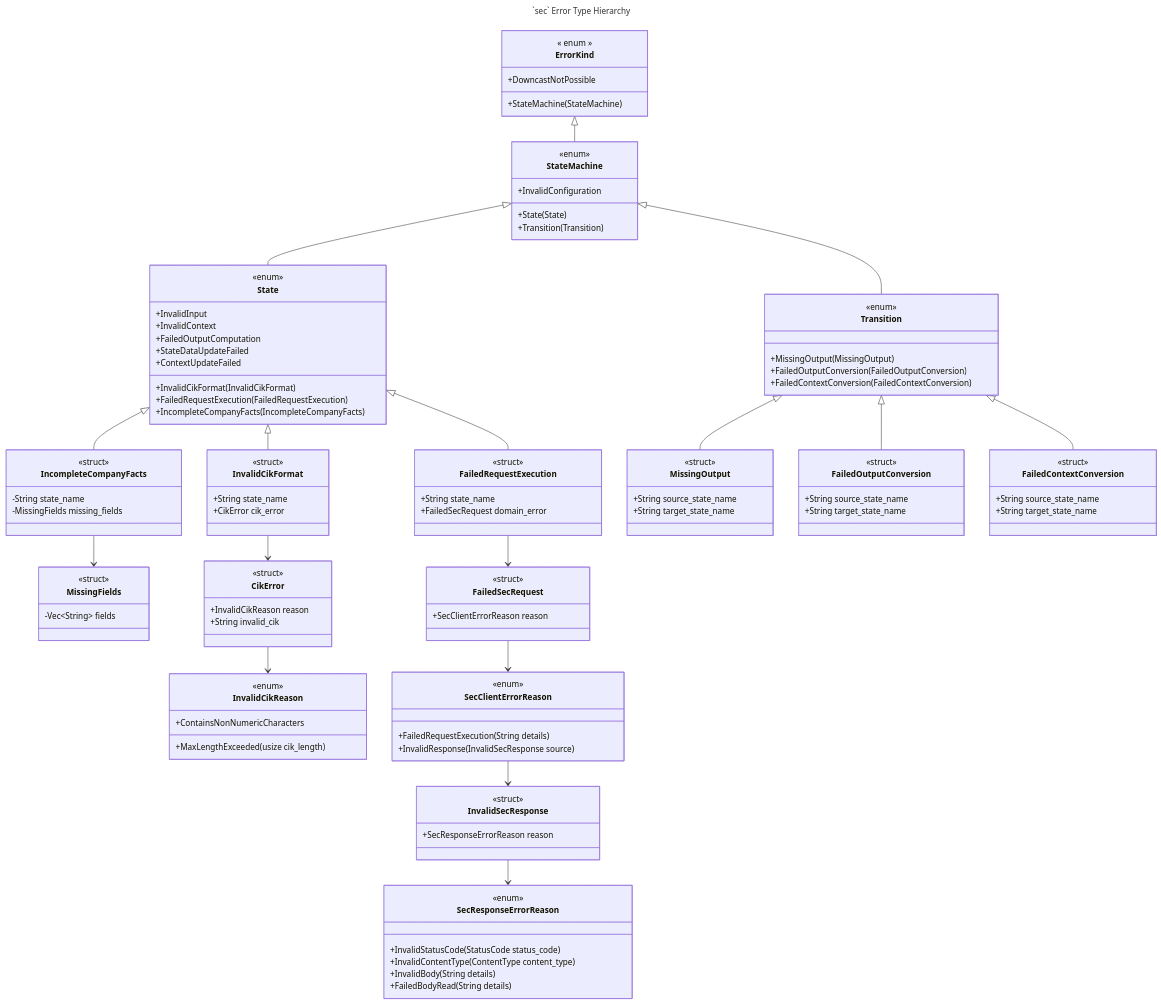
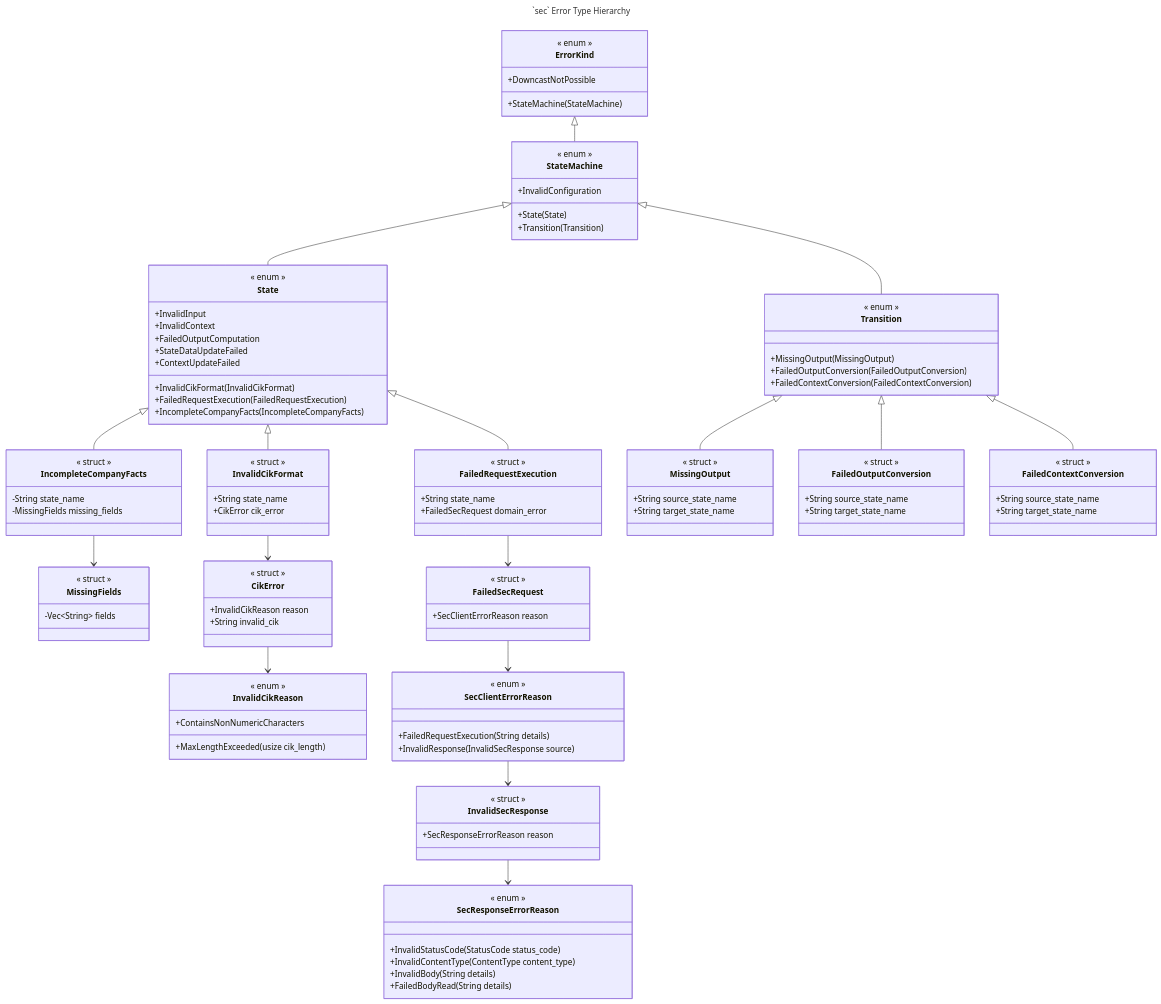
Before and after one commit to ironcapitaleu/arkad: the diagram in sec/design/uml_class_diagram/sec_error_handling.md, drawn with Mermaid. The commit also changed 3 other files, not shown here.

Commit message:
doc: use spaces to fix Mermaid rendering

```diff
--- a/sec/design/uml_class_diagram/sec_error_handling.md
+++ b/sec/design/uml_class_diagram/sec_error_handling.md
@@ -11,7 +11,7 @@
     }
 
     class StateMachine{
-        <<enum>>
+        << enum >>
         %% Errors during state machine execution
         +InvalidConfiguration
         +State(State)
@@ -19,7 +19,7 @@
     }
 
     class State {
-        <<enum>>
+        << enum >>
         %% Errors from internal state operations
         +InvalidCikFormat(InvalidCikFormat)
         +FailedRequestExecution(FailedRequestExecution)
@@ -32,7 +32,7 @@
     }
 
     class Transition {
-        <<enum>>
+        << enum >>
         %% Errors during state transitions
         +MissingOutput(MissingOutput)
         +FailedOutputConversion(FailedOutputConversion)
@@ -40,88 +40,88 @@
     }
 
     class InvalidCikFormat{
-        <<struct>>
+        << struct >>
         %% State-level wrapper for CIK validation errors
         +String state_name
         +CikError cik_error
     }
 
     class FailedRequestExecution{
-        <<struct>>
+        << struct >>
         %% State-level wrapper for request execution errors
         +String state_name
         +FailedSecRequest domain_error
     }
 
     class IncompleteCompanyFacts{
-        <<struct>>
+        << struct >>
         %% State-level error for missing XBRL concepts
         -String state_name
         -MissingFields missing_fields
     }
 
     class MissingFields{
-        <<struct>>
+        << struct >>
         %% Newtype over the canonical names of the missing concepts
         -Vec~String~ fields
     }
 
     class MissingOutput{
-        <<struct>>
+        << struct >>
         %% Transition-level error for missing output data
         +String source_state_name
         +String target_state_name
     }
 
     class FailedOutputConversion{
-        <<struct>>
+        << struct >>
         %% Transition-level error for output-to-input conversion failure
         +String source_state_name
         +String target_state_name
     }
 
     class FailedContextConversion{
-        <<struct>>
+        << struct >>
         %% Transition-level error for context conversion failure
         +String source_state_name
         +String target_state_name
     }
 
     class CikError{
-        <<struct>>
+        << struct >>
         %% Domain error for invalid CIK format
         +InvalidCikReason reason
         +String invalid_cik
     }
 
     class InvalidCikReason{
-        <<enum>>
+        << enum >>
         %% Why a string failed CIK validation
         +MaxLengthExceeded(usize cik_length)
         +ContainsNonNumericCharacters
     }
 
     class FailedSecRequest{
-        <<struct>>
+        << struct >>
         %% Domain error for SEC request execution
         +SecClientErrorReason reason
     }
 
     class SecClientErrorReason{
-        <<enum>>
+        << enum >>
         %% `sec_client::error::ErrorReason`, renamed here for diagram uniqueness
         +FailedRequestExecution(String details)
         +InvalidResponse(InvalidSecResponse source)
     }
 
     class InvalidSecResponse{
-        <<struct>>
+        << struct >>
         %% Domain error for a response that failed SEC validation
         +SecResponseErrorReason reason
     }
 
     class SecResponseErrorReason{
-        <<enum>>
+        << enum >>
         %% `sec_response::error::ErrorReason`, renamed here for diagram uniqueness
         +InvalidStatusCode(StatusCode status_code)
         +InvalidContentType(ContentType content_type)
```
